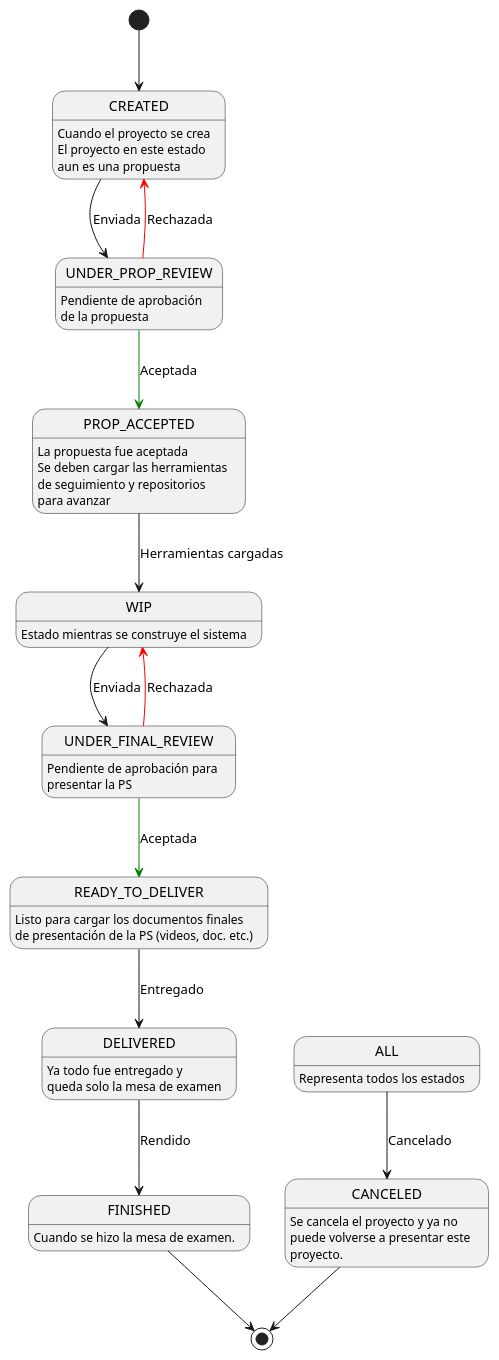
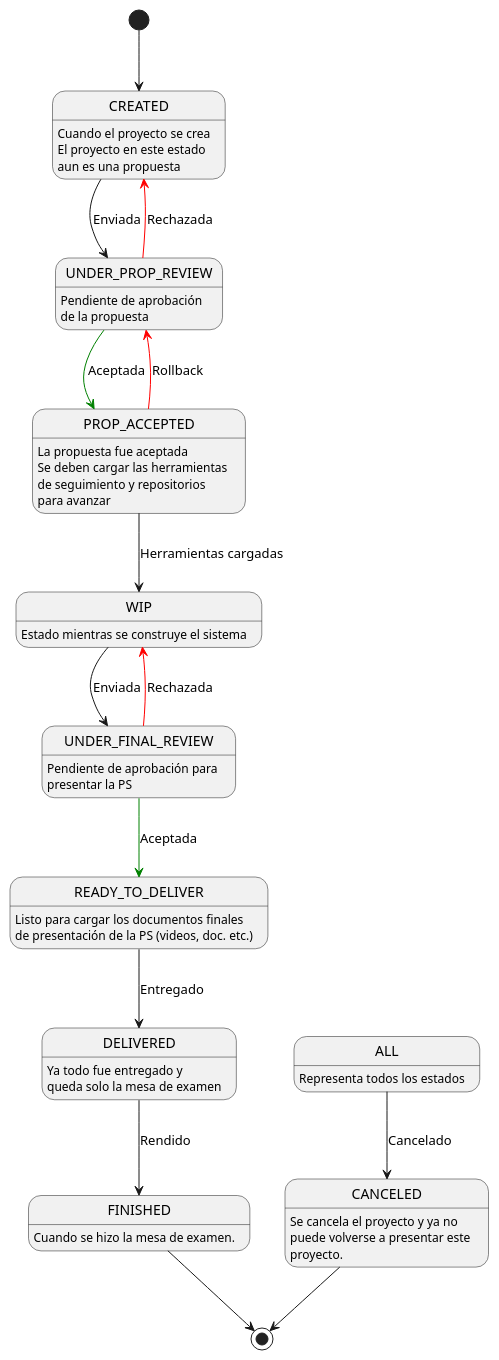
The diagram in docs/doc/_diagrams/projectStatusDiagram.puml (14473HJM/ps_be), drawn with PlantUML before and after one commit. The commit also changed 6 other files, not shown here.

```diff
--- a/docs/doc/_diagrams/projectStatusDiagram.puml
+++ b/docs/doc/_diagrams/projectStatusDiagram.puml
@@ -1,30 +1,31 @@
 @startuml
 
 [*] --> CREATED
 CREATED --> UNDER_PROP_REVIEW : Enviada
 UNDER_PROP_REVIEW -[#green]-> PROP_ACCEPTED : Aceptada
 UNDER_PROP_REVIEW -[#red]-> CREATED : Rechazada
 PROP_ACCEPTED --> WIP : Herramientas cargadas
+PROP_ACCEPTED -[#red]-> UNDER_PROP_REVIEW : Rollback
 WIP --> UNDER_FINAL_REVIEW : Enviada
 UNDER_FINAL_REVIEW -[#green]-> READY_TO_DELIVER : Aceptada
 UNDER_FINAL_REVIEW -[#red]-> WIP : Rechazada
 READY_TO_DELIVER --> DELIVERED: Entregado
 DELIVERED --> FINISHED : Rendido
 FINISHED --> [*]
 
 ALL --> CANCELED : Cancelado
 CANCELED --> [*]
 
 CREATED: Cuando el proyecto se crea
 CREATED : El proyecto en este estado \naun es una propuesta
 UNDER_PROP_REVIEW: Pendiente de aprobación \nde la propuesta
 PROP_ACCEPTED: La propuesta fue aceptada
 PROP_ACCEPTED: Se deben cargar las herramientas \nde seguimiento y repositorios \npara avanzar
 WIP: Estado mientras se construye el sistema
 UNDER_FINAL_REVIEW: Pendiente de aprobación para \npresentar la PS
 READY_TO_DELIVER: Listo para cargar los documentos finales \nde presentación de la PS (videos, doc. etc.)
 DELIVERED: Ya todo fue entregado y \nqueda solo la mesa de examen
 FINISHED: Cuando se hizo la mesa de examen.
 ALL: Representa todos los estados
 CANCELED: Se cancela el proyecto y ya no \npuede volverse a presentar este \nproyecto.
 @enduml
```
